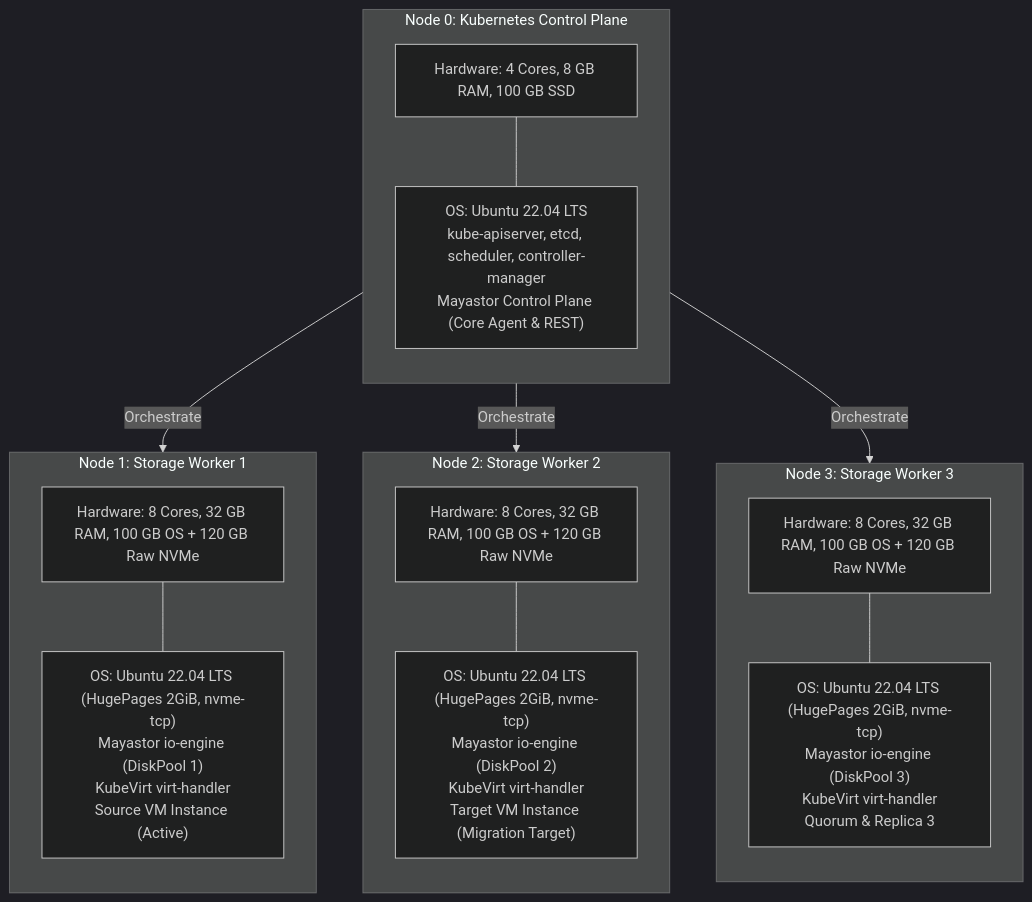
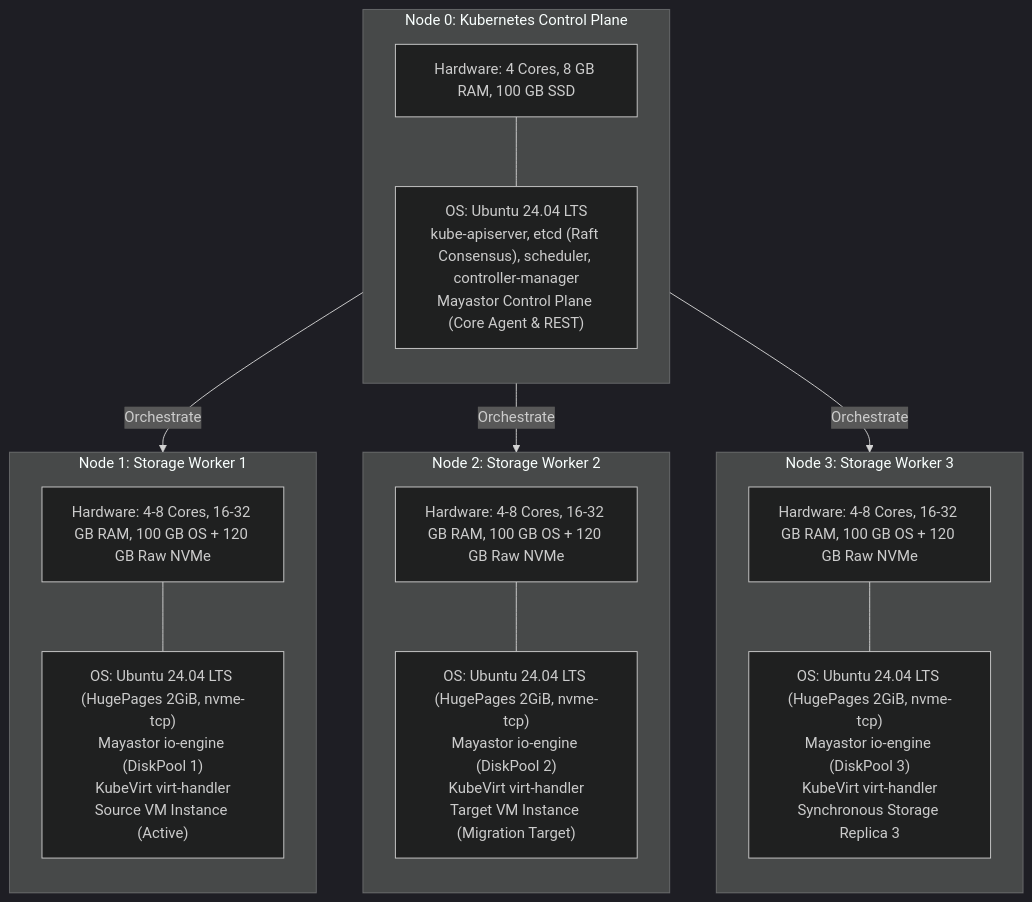
One commit to Swapnil220705/k8s-high-performance-storage changed the diagram in docs/final-deployment-proposal.md. Above: the diagram before and after it, drawn with Mermaid (dark theme). The commit also changed other lines of this file and 5 other files, not shown here.

````diff
--- a/docs/final-deployment-proposal.md
+++ b/docs/final-deployment-proposal.md
@@ -38,34 +38,34 @@
 ```mermaid
 flowchart TD
     subgraph Master["Node 0: Kubernetes Control Plane"]
         direction TB
         CP_HW["Hardware: 4 Cores, 8 GB RAM, 100 GB SSD"]
-        CP_SW["OS: Ubuntu 22.04 LTS<br/>kube-apiserver, etcd, scheduler, controller-manager<br/>Mayastor Control Plane (Core Agent & REST)"]
+        CP_SW["OS: Ubuntu 24.04 LTS<br/>kube-apiserver, etcd (Raft Consensus), scheduler, controller-manager<br/>Mayastor Control Plane (Core Agent & REST)"]
         CP_HW --- CP_SW
     end
 
     subgraph W1["Node 1: Storage Worker 1"]
         direction TB
-        W1_HW["Hardware: 8 Cores, 32 GB RAM, 100 GB OS + 120 GB Raw NVMe"]
-        W1_SW["OS: Ubuntu 22.04 LTS (HugePages 2GiB, nvme-tcp)<br/>Mayastor io-engine (DiskPool 1)<br/>KubeVirt virt-handler<br/>Source VM Instance (Active)"]
+        W1_HW["Hardware: 4-8 Cores, 16-32 GB RAM, 100 GB OS + 120 GB Raw NVMe"]
+        W1_SW["OS: Ubuntu 24.04 LTS (HugePages 2GiB, nvme-tcp)<br/>Mayastor io-engine (DiskPool 1)<br/>KubeVirt virt-handler<br/>Source VM Instance (Active)"]
         W1_HW --- W1_SW
     end
 
     subgraph W2["Node 2: Storage Worker 2"]
         direction TB
-        W2_HW["Hardware: 8 Cores, 32 GB RAM, 100 GB OS + 120 GB Raw NVMe"]
-        W2_SW["OS: Ubuntu 22.04 LTS (HugePages 2GiB, nvme-tcp)<br/>Mayastor io-engine (DiskPool 2)<br/>KubeVirt virt-handler<br/>Target VM Instance (Migration Target)"]
+        W2_HW["Hardware: 4-8 Cores, 16-32 GB RAM, 100 GB OS + 120 GB Raw NVMe"]
+        W2_SW["OS: Ubuntu 24.04 LTS (HugePages 2GiB, nvme-tcp)<br/>Mayastor io-engine (DiskPool 2)<br/>KubeVirt virt-handler<br/>Target VM Instance (Migration Target)"]
         W2_HW --- W2_SW
     end
 
     subgraph W3["Node 3: Storage Worker 3"]
         direction TB
-        W3_HW["Hardware: 8 Cores, 32 GB RAM, 100 GB OS + 120 GB Raw NVMe"]
-        W3_SW["OS: Ubuntu 22.04 LTS (HugePages 2GiB, nvme-tcp)<br/>Mayastor io-engine (DiskPool 3)<br/>KubeVirt virt-handler<br/>Quorum & Replica 3"]
+        W3_HW["Hardware: 4-8 Cores, 16-32 GB RAM, 100 GB OS + 120 GB Raw NVMe"]
+        W3_SW["OS: Ubuntu 24.04 LTS (HugePages 2GiB, nvme-tcp)<br/>Mayastor io-engine (DiskPool 3)<br/>KubeVirt virt-handler<br/>Synchronous Storage Replica 3"]
         W3_HW --- W3_SW
     end
 
     Master -->|Orchestrate| W1
     Master -->|Orchestrate| W2
     Master -->|Orchestrate| W3
 ```
````
